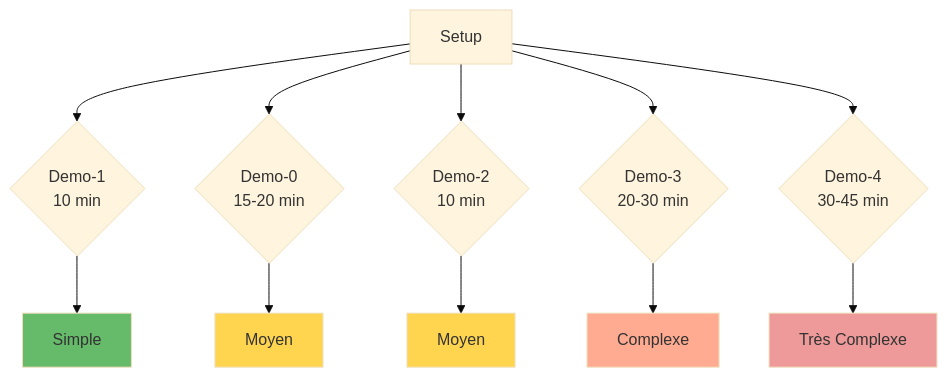
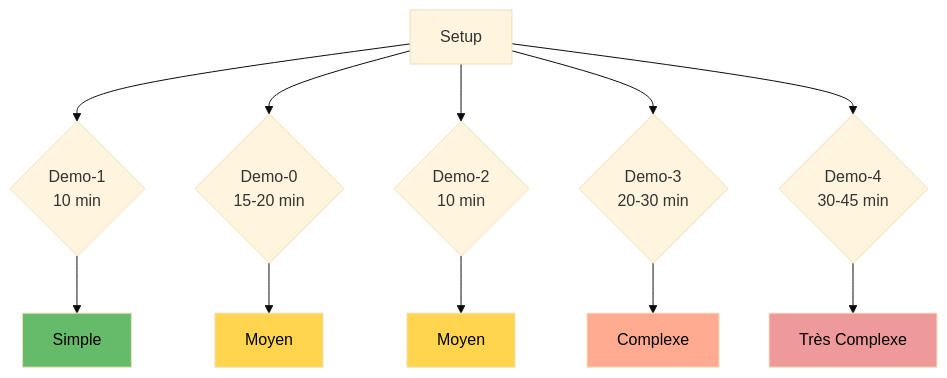
Before and after one commit to inskillflow/auths-1-NEXTJS-introduction: diagram 25 of 39 in 02-DIAGRAMMES_ARCHITECTURES.md, drawn with Mermaid (base theme). The commit also changed other lines of this file, not shown here.

````diff
--- a/02-DIAGRAMMES_ARCHITECTURES.md
+++ b/02-DIAGRAMMES_ARCHITECTURES.md
@@ -865,20 +865,20 @@
 ```mermaid
 graph TB
     START[Setup] --> D1{Demo-1<br/>10 min}
     START --> D0{Demo-0<br/>15-20 min}
     START --> D2{Demo-2<br/>10 min}
     START --> D3{Demo-3<br/>20-30 min}
     START --> D4{Demo-4<br/>30-45 min}
     
     D1 --> E1[Simple]
     D0 --> E0[Moyen]
     D2 --> E2[Moyen]
     D3 --> E3[Complexe]
     D4 --> E4[Très Complexe]
     
-    style E1 fill:#66bb6a
-    style E0 fill:#ffd54f
-    style E2 fill:#ffd54f
-    style E3 fill:#ffab91
-    style E4 fill:#ef9a9a
+    style E1 fill:#66bb6a,color:#000
+    style E0 fill:#ffd54f,color:#000
+    style E2 fill:#ffd54f,color:#000
+    style E3 fill:#ffab91,color:#000
+    style E4 fill:#ef9a9a,color:#000
 ```
````
